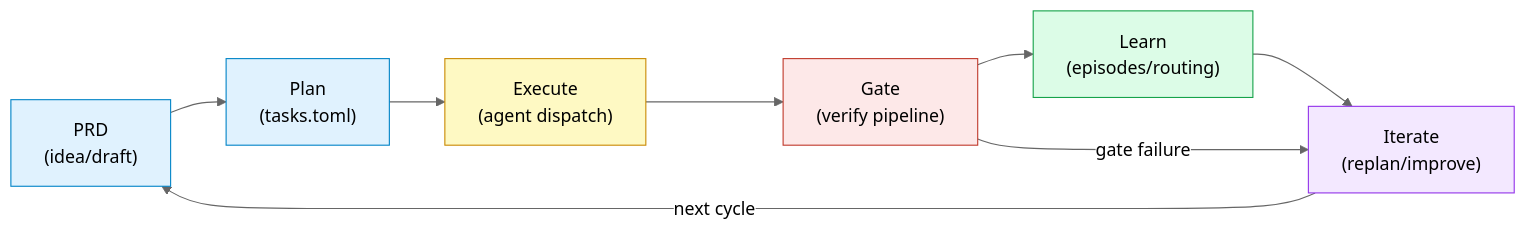
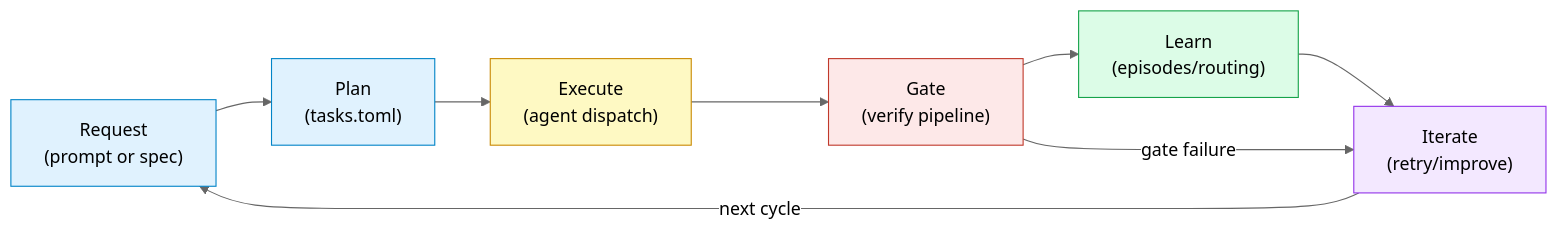
The fourth of 4 diagrams in docs/v3/00-INDEX.md (wpank/roko), drawn with Mermaid (neutral theme) before and after one commit. The commit also changed other lines of this file and 9 other files, not shown here.

````diff
--- a/docs/v3/00-INDEX.md
+++ b/docs/v3/00-INDEX.md
@@ -738,21 +736,21 @@
 ```mermaid
 flowchart LR
-    PRD["PRD\n(idea/draft)"]
+    Request["Request\n(prompt or spec)"]
     Plan["Plan\n(tasks.toml)"]
     Execute["Execute\n(agent dispatch)"]
     Gate["Gate\n(verify pipeline)"]
     Learn["Learn\n(episodes/routing)"]
-    Iterate["Iterate\n(replan/improve)"]
+    Iterate["Iterate\n(retry/improve)"]
 
-    PRD --> Plan --> Execute --> Gate --> Learn --> Iterate
-    Iterate -->|"next cycle"| PRD
+    Request --> Plan --> Execute --> Gate --> Learn --> Iterate
+    Iterate -->|"next cycle"| Request
 
     Gate -->|"gate failure"| Iterate
 
-    style PRD fill:#e0f2fe,stroke:#0284c7
+    style Request fill:#e0f2fe,stroke:#0284c7
     style Plan fill:#e0f2fe,stroke:#0284c7
     style Execute fill:#fef9c3,stroke:#ca8a04
     style Gate fill:#fde8e8,stroke:#c0392b
     style Learn fill:#dcfce7,stroke:#16a34a
     style Iterate fill:#f3e8ff,stroke:#9333ea
 ```
````
